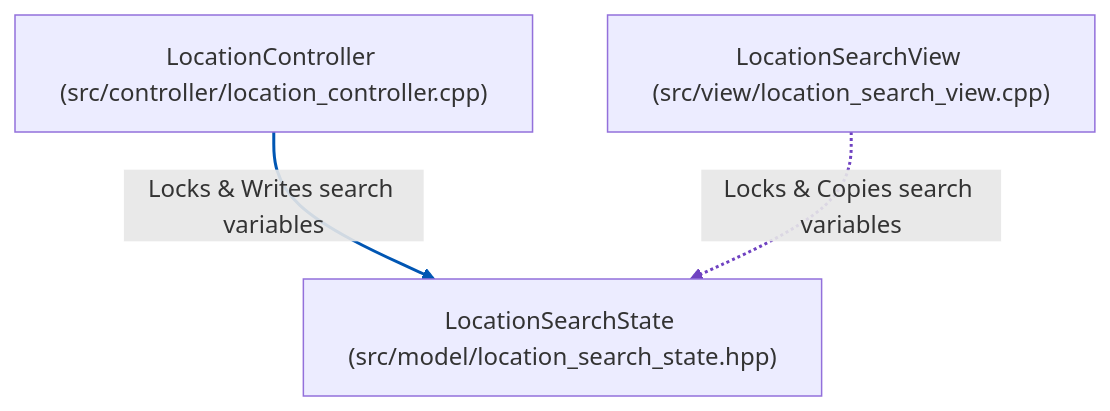
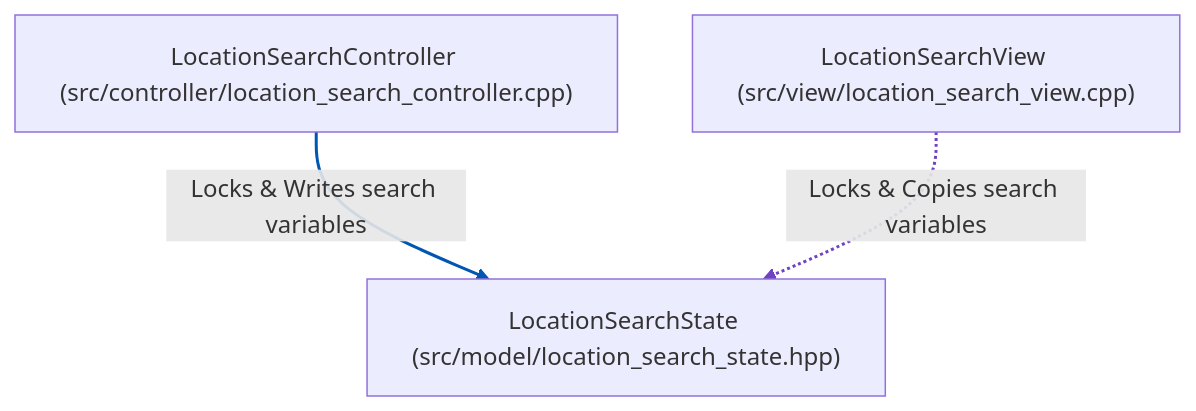
Before and after one commit to MallocNexus/weather_cli: the seventh of 7 diagrams in docs/separation-of-concerns.md, drawn with Mermaid. The commit also changed other lines of this file and 21 other files, not shown here.

First line of the commit message:
Refactor Location Search Functionality

````diff
--- a/docs/separation-of-concerns.md
+++ b/docs/separation-of-concerns.md
@@ -178,15 +332,15 @@
 ```mermaid
 graph TD
-    LocCtrl["LocationController (src/controller/location_controller.cpp)"]
+    SearchCtrl["LocationSearchController (src/controller/location_search_controller.cpp)"]
     SearchState["LocationSearchState (src/model/location_search_state.hpp)"]
     LocView["LocationSearchView (src/view/location_search_view.cpp)"]
 
-    LocCtrl -->|"Locks & Writes search variables"| SearchState
+    SearchCtrl -->|"Locks & Writes search variables"| SearchState
     LocView -.->|"Locks & Copies search variables"| SearchState
 
     %% Style Writes Darker Blue
     linkStyle 0 stroke:#0056b3,stroke-width:2px;
 
     %% Style Data Copy Purple
     linkStyle 1 stroke:#6f42c1,stroke-width:2px;
 ```
````
